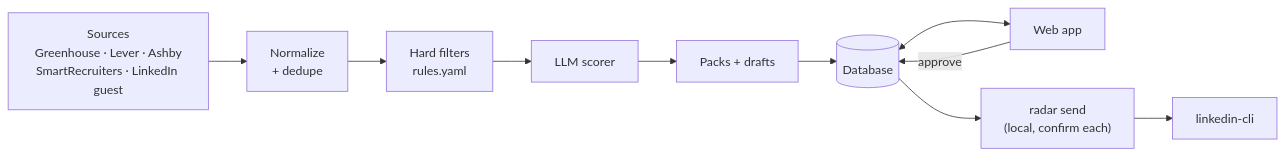
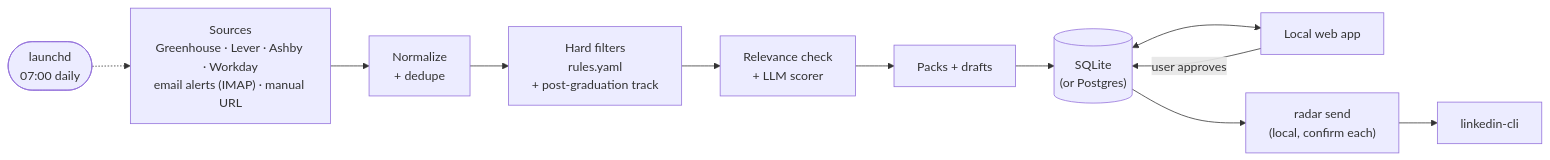
One commit to DanieleGiovanardi2408/speculor changed the diagram in README.md. Above: the diagram before and after it, drawn with Mermaid. The commit also changed other lines of this file and 12 other files, not shown here.

Commit message:
docs: local-only README (launchd, Workday, IMAP, post-graduation track, Postgres optional), RUNNING guide, architecture; IMAP default label 'radar'

````diff
--- a/README.md
+++ b/README.md
@@ -32,12 +37,13 @@
 ```mermaid
 flowchart LR
-    S["Sources<br/>Greenhouse · Lever · Ashby<br/>SmartRecruiters · LinkedIn guest"] --> N["Normalize<br/>+ dedupe"]
-    N --> F["Hard filters<br/>rules.yaml"]
-    F --> L["LLM scorer"]
+    LD(["launchd<br/>07:00 daily"]) -.-> S
+    S["Sources<br/>Greenhouse · Lever · Ashby · Workday<br/>email alerts (IMAP) · manual URL"] --> N["Normalize<br/>+ dedupe"]
+    N --> F["Hard filters<br/>rules.yaml<br/>+ post-graduation track"]
+    F --> L["Relevance check<br/>+ LLM scorer"]
     L --> P["Packs + drafts"]
-    P --> DB[("Database")]
-    DB <--> W["Web app"]
-    W -->|"approve"| DB
+    P --> DB[("SQLite<br/>(or Postgres)")]
+    DB <--> W["Local web app"]
+    W -->|"user approves"| DB
     DB --> SEND["radar send<br/>(local, confirm each)"]
     SEND --> LI["linkedin-cli"]
 ```
````
